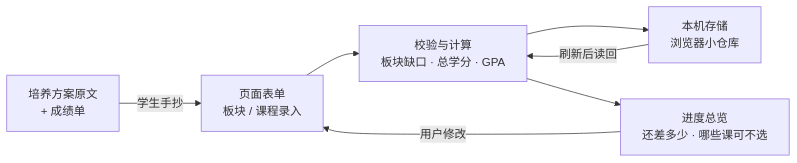
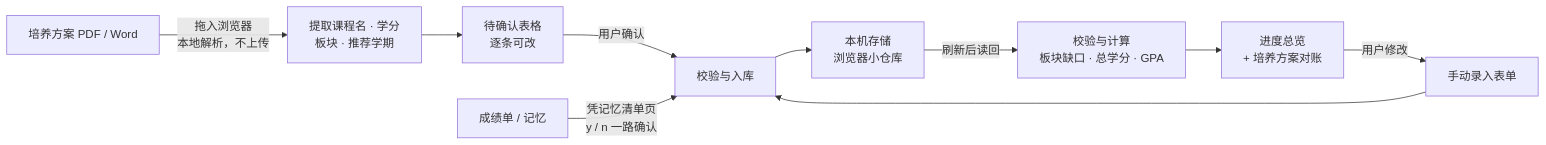
Before and after one commit to XingHo-VibeCoding/Hugh-s-first-project: the diagram in TECH_DESIGN.md, drawn with Mermaid. The commit also changed other lines of this file and 2 other files, not shown here.

````diff
--- a/TECH_DESIGN.md
+++ b/TECH_DESIGN.md
@@ -156,9 +217,12 @@
 ```mermaid
 flowchart LR
-    A[培养方案原文<br/>+ 成绩单] -->|学生手抄| B[页面表单<br/>板块 / 课程录入]
-    B --> C[校验与计算<br/>板块缺口 · 总学分 · GPA]
-    C --> D[本机存储<br/>浏览器小仓库]
-    D -->|刷新后读回| C
-    C --> E[进度总览<br/>还差多少 · 哪些课可不选]
-    E -->|用户修改| B
+    A[培养方案 PDF / Word] -->|拖入浏览器<br/>本地解析，不上传| B[提取课程名 · 学分<br/>板块 · 推荐学期]
+    B --> C[待确认表格<br/>逐条可改]
+    C -->|用户确认| D[校验与入库]
+    A2[成绩单 / 记忆] -->|凭记忆清单页<br/>y / n 一路确认| D
+    E[手动录入表单] --> D
+    D --> F[本机存储<br/>浏览器小仓库]
+    F -->|刷新后读回| G[校验与计算<br/>板块缺口 · 总学分 · GPA]
+    G --> H[进度总览<br/>+ 培养方案对账]
+    H -->|用户修改| E
 ```
````
